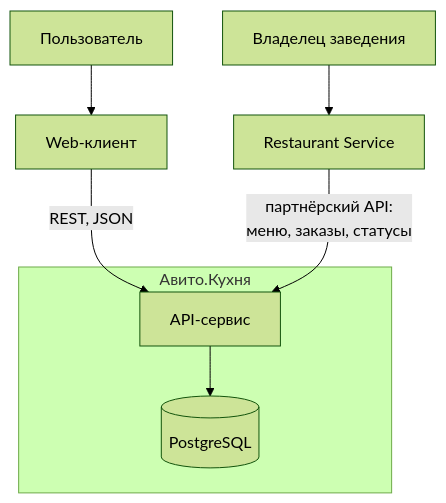
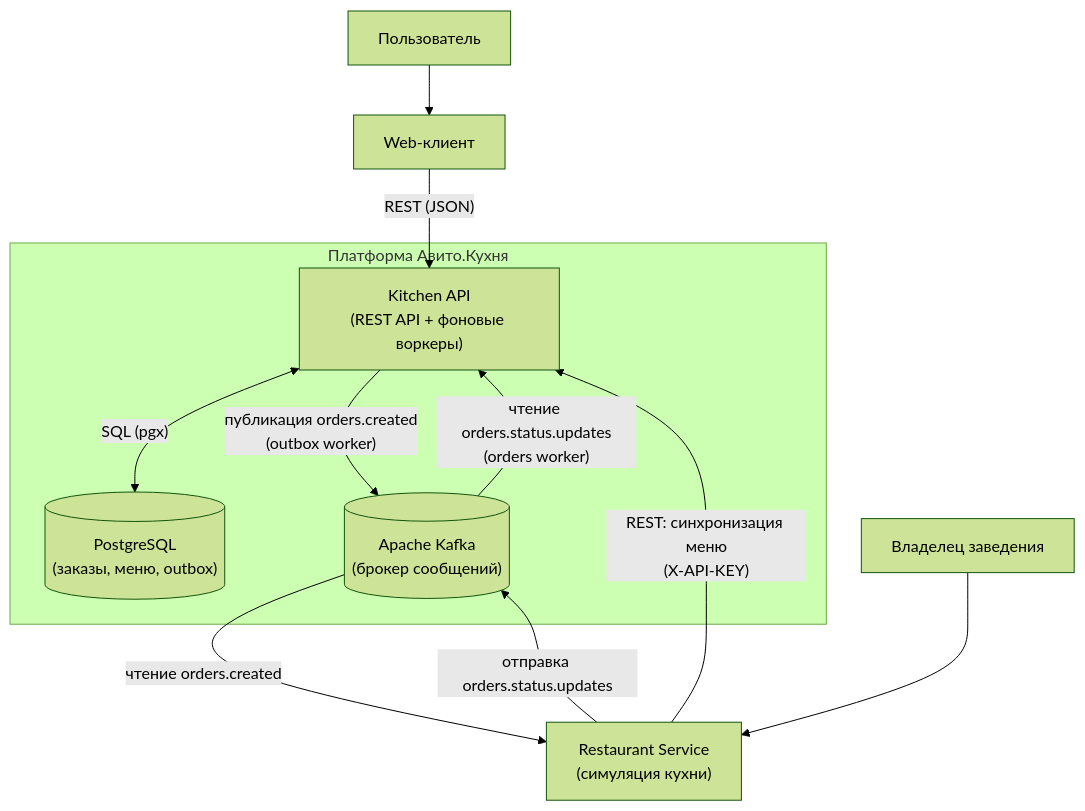
One commit to R0uT3r52/kitchen-api changed the diagram in docs/c4-level2.md. Above: the diagram before and after it, drawn with Mermaid (forest theme). The commit also changed other lines of this file and 5 other files, not shown here.

````diff
--- a/docs/c4-level2.md
+++ b/docs/c4-level2.md
@@ -4,19 +3,26 @@
 ```mermaid
 flowchart TB
     User["Пользователь"]
     Owner["Владелец заведения"]
 
     Client["Web-клиент"]
-    RS["Restaurant Service"]
+    RS["Restaurant Service<br/>(симуляция кухни)"]
 
-    subgraph Kitchen ["Авито.Кухня"]
-        API["API-сервис"]
-        DB[("PostgreSQL")]
+    subgraph Platform ["Платформа Авито.Кухня"]
+        API["Kitchen API<br/>(REST API + фоновые воркеры)"]
+        DB[("PostgreSQL<br/>(заказы, меню, outbox)")]
+        Kafka[("Apache Kafka<br/>(брокер сообщений)")]
     end
 
     User --> Client
-    Client -->|"REST, JSON"| API
-    API --> DB
+    Client -->|"REST (JSON)"| API
+    API <-->|"SQL (pgx)"| DB
+
+    API -->|"публикация orders.created<br/>(outbox worker)"| Kafka
+    Kafka -->|"чтение orders.status.updates<br/>(orders worker)"| API
+
     Owner --> RS
-    RS -->|"партнёрский API:<br/>меню, заказы, статусы"| API
+    RS -->|"REST: синхронизация меню<br/>(X-API-KEY)"| API
+    Kafka -->|"чтение orders.created"| RS
+    RS -->|"отправка orders.status.updates"| Kafka
 ```
````
